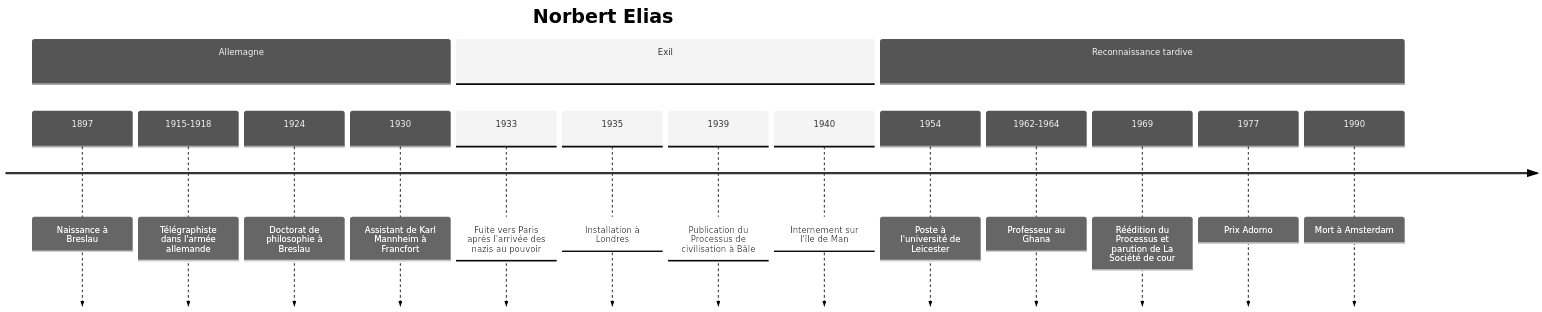
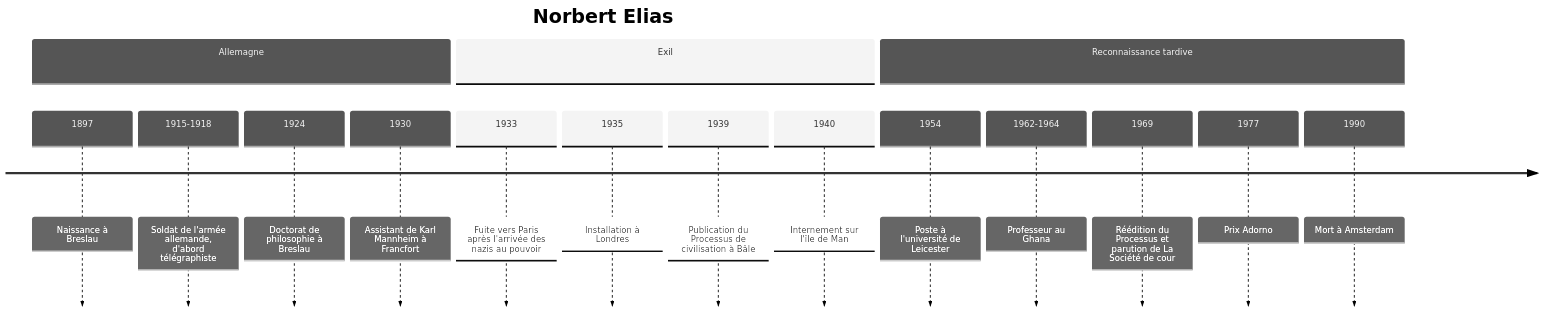
Before and after one commit to rwmicro/pensine: the diagram in Social Sciences/Sociology/Fondateurs/Norbert Elias.md, drawn with Mermaid (neutral theme). The commit also changed other lines of this file and 17 other files, not shown here.

````diff
--- a/Social Sciences/Sociology/Fondateurs/Norbert Elias.md
+++ b/Social Sciences/Sociology/Fondateurs/Norbert Elias.md
@@ -92,20 +92,20 @@
 ```mermaid
 timeline
     title Norbert Elias
     section Allemagne
         1897 : Naissance à Breslau
-        1915-1918 : Télégraphiste dans l'armée allemande
+        1915-1918 : Soldat de l'armée allemande, d'abord télégraphiste
         1924 : Doctorat de philosophie à Breslau
         1930 : Assistant de Karl Mannheim à Francfort
     section Exil
         1933 : Fuite vers Paris après l'arrivée des nazis au pouvoir
         1935 : Installation à Londres
         1939 : Publication du Processus de civilisation à Bâle
         1940 : Internement sur l'île de Man
     section Reconnaissance tardive
         1954 : Poste à l'université de Leicester
         1962-1964 : Professeur au Ghana
         1969 : Réédition du Processus et parution de La Société de cour
         1977 : Prix Adorno
         1990 : Mort à Amsterdam
 ```
````
